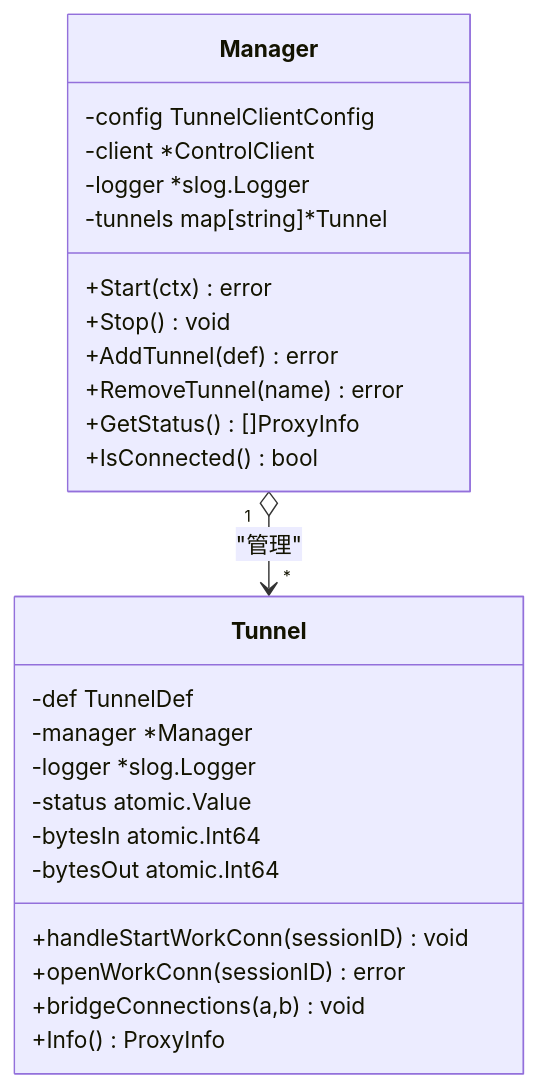
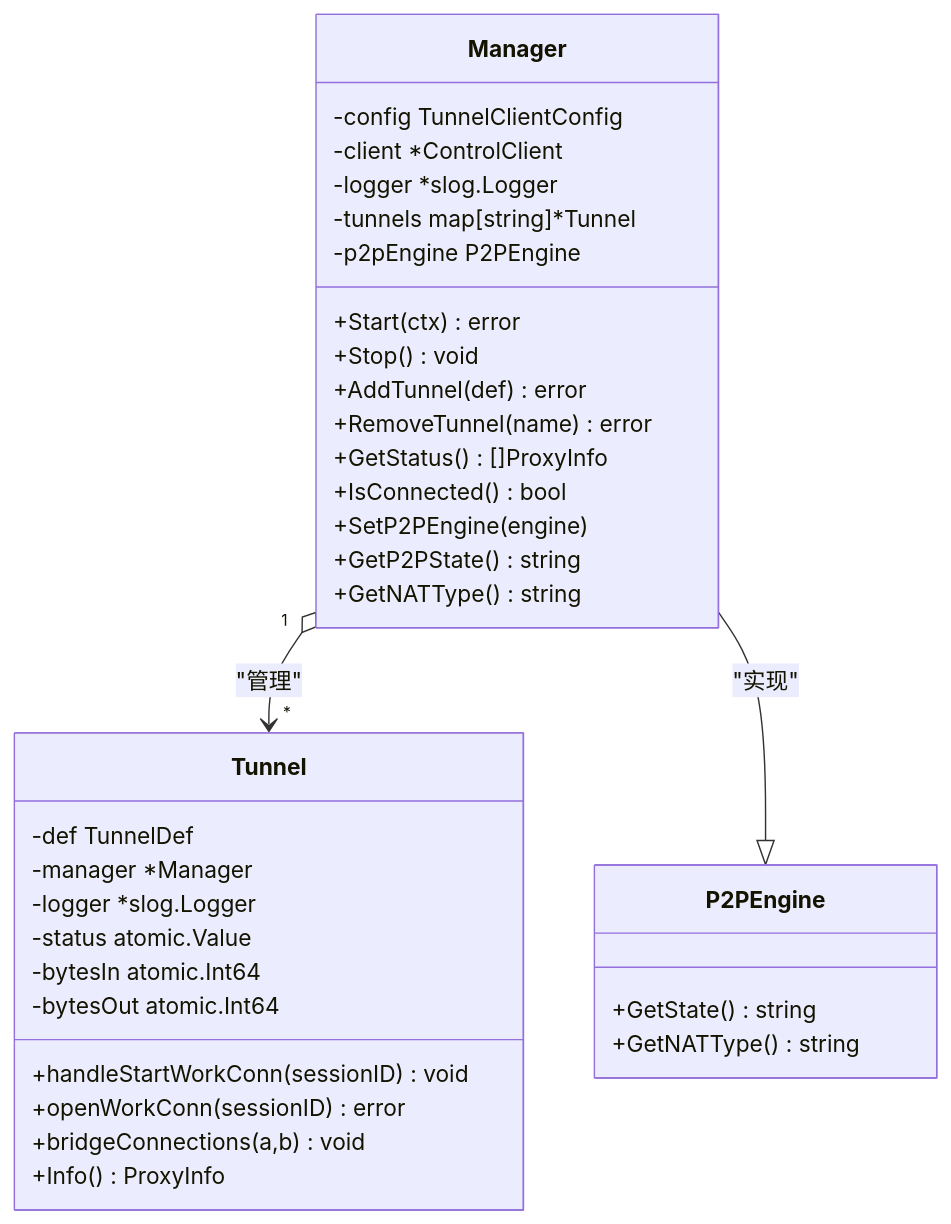
One commit to itsharex/NexTunnel changed the fourth of 15 diagrams in .qoder/repowiki/zh/content/桌面端应用/桌面端应用.md. Above: the diagram before and after it, drawn with Mermaid. The commit also changed other lines of this file and 6 other files, not shown here.

First line of the commit message:
docs(progress): 更新项目进度，标记 Phase 2 完成并完善相关文档和视图

````diff
--- a/.qoder/repowiki/zh/content/桌面端应用/桌面端应用.md
+++ b/.qoder/repowiki/zh/content/桌面端应用/桌面端应用.md
@@ -165,28 +201,37 @@
 ```mermaid
 classDiagram
 class Manager {
 -config TunnelClientConfig
 -client *ControlClient
 -logger *slog.Logger
 -tunnels map[string]*Tunnel
+-p2pEngine P2PEngine
 +Start(ctx) error
 +Stop() void
 +AddTunnel(def) error
 +RemoveTunnel(name) error
 +GetStatus() []ProxyInfo
 +IsConnected() bool
++SetP2PEngine(engine)
++GetP2PState() string
++GetNATType() string
 }
 class Tunnel {
 -def TunnelDef
 -manager *Manager
 -logger *slog.Logger
 -status atomic.Value
 -bytesIn atomic.Int64
 -bytesOut atomic.Int64
 +handleStartWorkConn(sessionID) void
 +openWorkConn(sessionID) error
 +bridgeConnections(a,b) void
 +Info() ProxyInfo
 }
+class P2PEngine {
++GetState() string
++GetNATType() string
+}
 Manager "1" o--> "*" Tunnel : "管理"
+Manager --|> P2PEngine : "实现"
 ```
````
